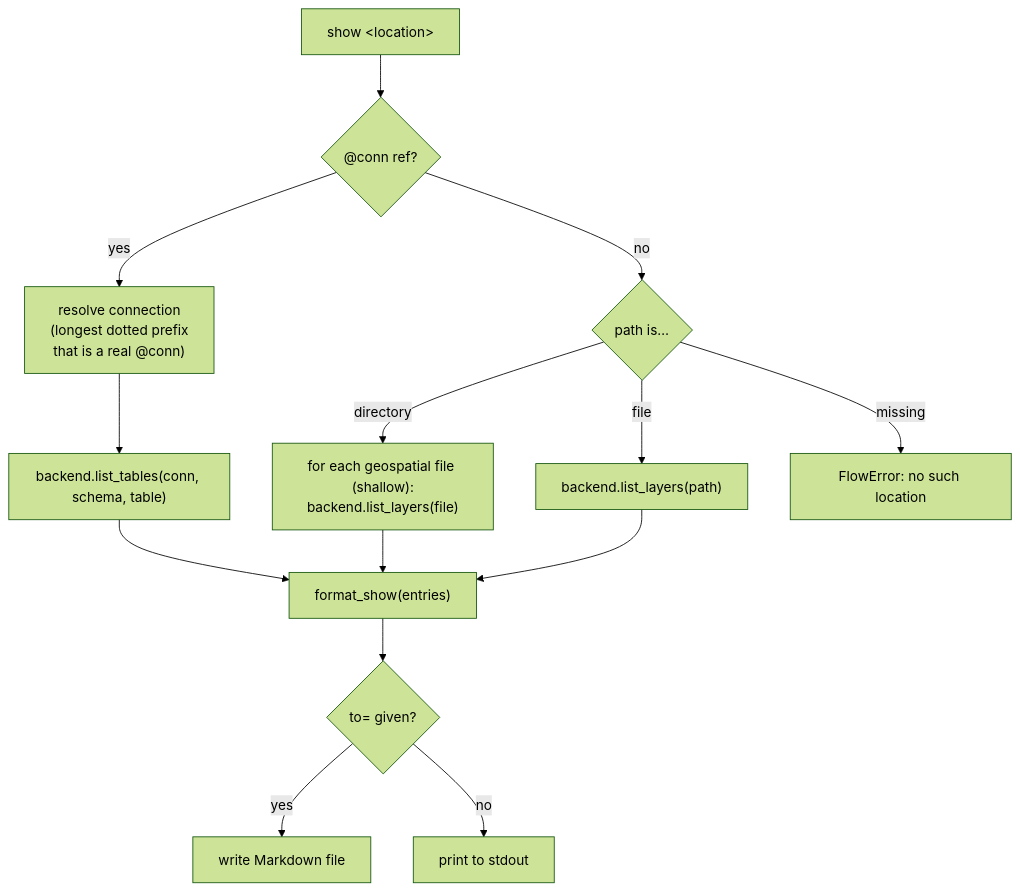
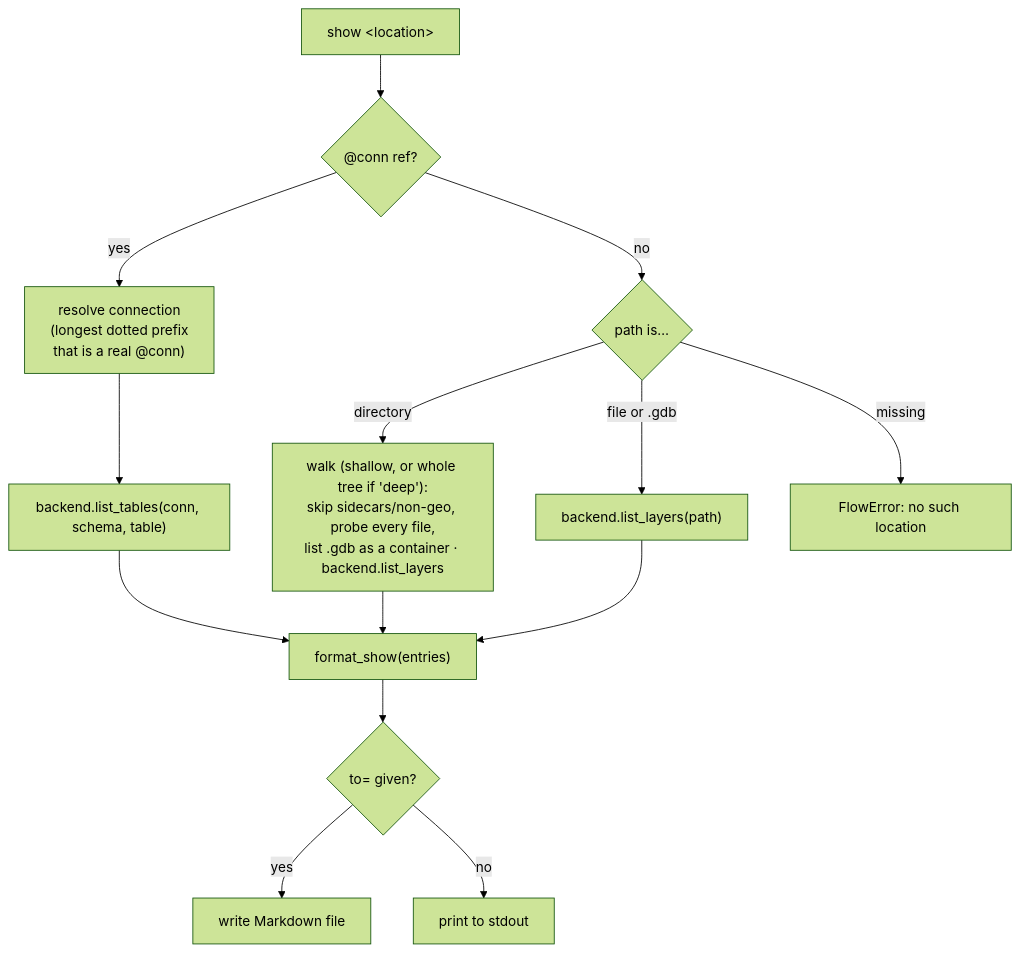
The first of 2 diagrams in docs/planning/17-show-verb-design.md (johnzastrow/niva), drawn with Mermaid (forest theme) before and after one commit. The commit also changed other lines of this file and 8 other files, not shown here.

First line of the commit message:
feat(show): recursive `deep` flag + format-agnostic directory scan, extensive tests

````diff
--- a/docs/planning/17-show-verb-design.md
+++ b/docs/planning/17-show-verb-design.md
@@ -49,16 +59,16 @@
 ```mermaid
 flowchart TD
   A["show &lt;location&gt;"] --> B{"@conn ref?"}
   B -- yes --> C["resolve connection<br/>(longest dotted prefix<br/>that is a real @conn)"]
   C --> D["backend.list_tables(conn, schema, table)"]
   B -- no --> E{"path is…"}
-  E -- directory --> F["for each geospatial file (shallow):<br/>backend.list_layers(file)"]
-  E -- file --> G["backend.list_layers(path)"]
+  E -- directory --> F["walk (shallow, or whole tree if 'deep'):<br/>skip sidecars/non-geo, probe every file,<br/>list .gdb as a container · backend.list_layers"]
+  E -- file or .gdb --> G["backend.list_layers(path)"]
   E -- missing --> H["FlowError: no such location"]
   D --> I["format_show(entries)"]
   F --> I
   G --> I
   I --> J{"to= given?"}
   J -- yes --> K["write Markdown file"]
   J -- no --> L["print to stdout"]
 ```
````
